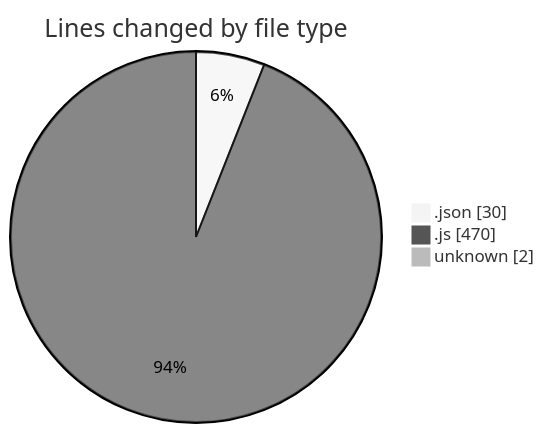
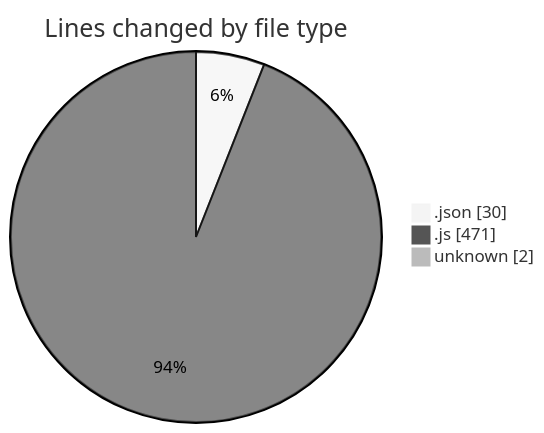
Before and after one commit to Ritupan-Deka/code-tracking: the first of 2 diagrams in 2025-07-16/mern-workoutboard/README.md, drawn with Mermaid (neutral theme). The commit also changed other lines of this file and 1 other file, not shown here.

````diff
--- a/2025-07-16/mern-workoutboard/README.md
+++ b/2025-07-16/mern-workoutboard/README.md
@@ -25,7 +25,7 @@
 ```mermaid
 pie showData
 title Lines changed by file type
 ".json" : 30
-".js" : 470
+".js" : 471
 "unknown" : 2
 ```
````
